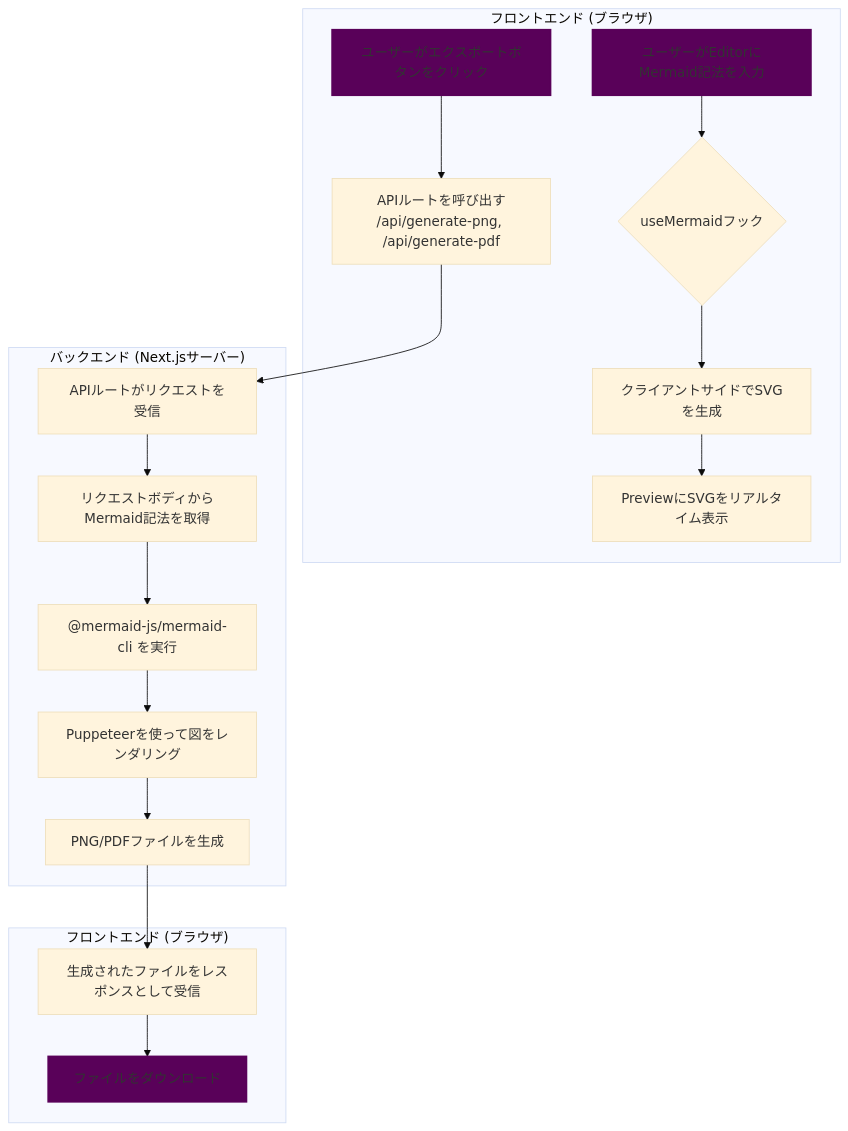
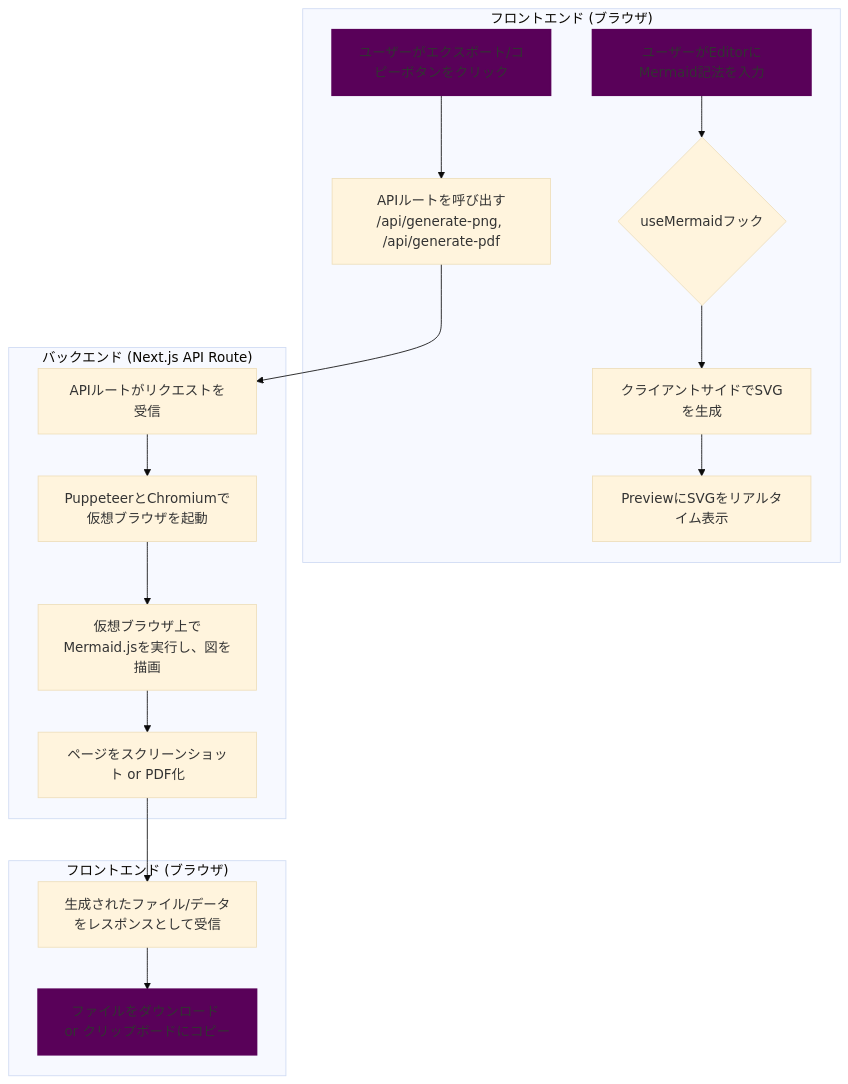
Before and after one commit to ymkge/mermaid-diagram-exporter: the diagram in README.md, drawn with Mermaid (base theme). The commit also changed other lines of this file and 3 other files, not shown here.

````diff
--- a/README.md
+++ b/README.md
@@ -45,26 +45,25 @@
 ```mermaid
 flowchart TD
     subgraph "フロントエンド (ブラウザ)"
         A[ユーザーがEditorにMermaid記法を入力] --> B{useMermaidフック};
         B --> C[クライアントサイドでSVGを生成];
         C --> D[PreviewにSVGをリアルタイム表示];
-        E[ユーザーがエクスポートボタンをクリック] --> F["APIルートを呼び出す<br>/api/generate-png, /api/generate-pdf"];
+        E[ユーザーがエクスポート/コピーボタンをクリック] --> F["APIルートを呼び出す<br>/api/generate-png, /api/generate-pdf"];
     end
 
-    subgraph "バックエンド (Next.jsサーバー)"
+    subgraph "バックエンド (Next.js API Route)"
         F --> G[APIルートがリクエストを受信];
-        G --> H[リクエストボディからMermaid記法を取得];
-        H --> I["@mermaid-js/mermaid-cli を実行"];
-        I --> J[Puppeteerを使って図をレンダリング];
-        J --> K[PNG/PDFファイルを生成];
+        G --> H[PuppeteerとChromiumで仮想ブラウザを起動];
+        H --> I[仮想ブラウザ上でMermaid.jsを実行し、図を描画];
+        I --> J[ページをスクリーンショット or PDF化];
     end
 
     subgraph "フロントエンド (ブラウザ)"
-        K --> L[生成されたファイルをレスポンスとして受信];
-        L --> M[ファイルをダウンロード];
+        J --> K[生成されたファイル/データをレスポンスとして受信];
+        K --> L[ファイルをダウンロード or クリップボードにコピー];
     end
 
     style A fill:#590159,stroke:#590159,stroke-width:2px
     style E fill:#590159,stroke:#590159,stroke-width:2px
-    style M fill:#590159,stroke:#590159,stroke-width:2px
+    style L fill:#590159,stroke:#590159,stroke-width:2px
 ```
````
